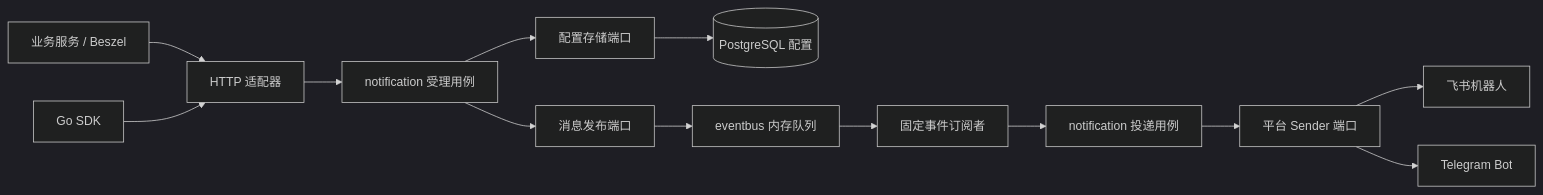
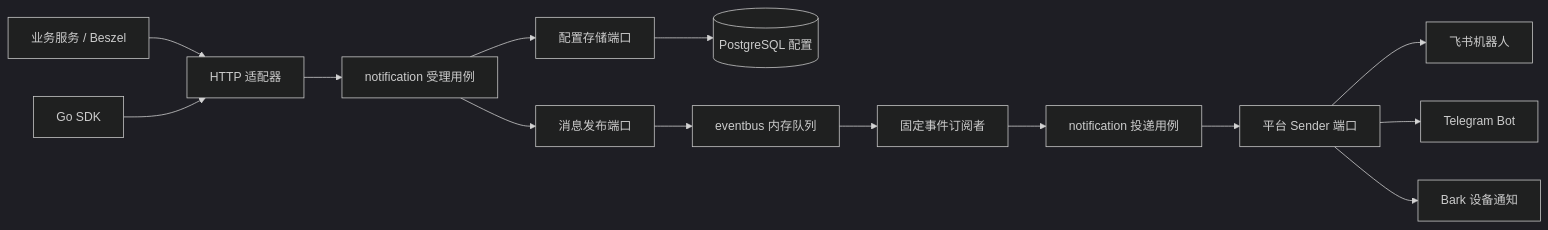
One commit to real-uangi/posthaste changed the diagram in DESIGN.md. Above: the diagram before and after it, drawn with Mermaid (dark theme). The commit also changed other lines of this file and 19 other files, not shown here.

````diff
--- a/DESIGN.md
+++ b/DESIGN.md
@@ -121,15 +122,16 @@
 ```mermaid
 flowchart LR
     Caller[业务服务 / Beszel] --> HTTP[HTTP 适配器]
     SDK[Go SDK] --> HTTP
     HTTP --> Submit[notification 受理用例]
     Submit --> Store[配置存储端口]
     Store --> PG[(PostgreSQL 配置)]
     Submit --> Publish[消息发布端口]
     Publish --> Bus[eventbus 内存队列]
     Bus --> Event[固定事件订阅者]
     Event --> Deliver[notification 投递用例]
     Deliver --> Sender[平台 Sender 端口]
     Sender --> Feishu[飞书机器人]
     Sender --> Telegram[Telegram Bot]
+    Sender --> Bark[Bark 设备通知]
 ```
````
